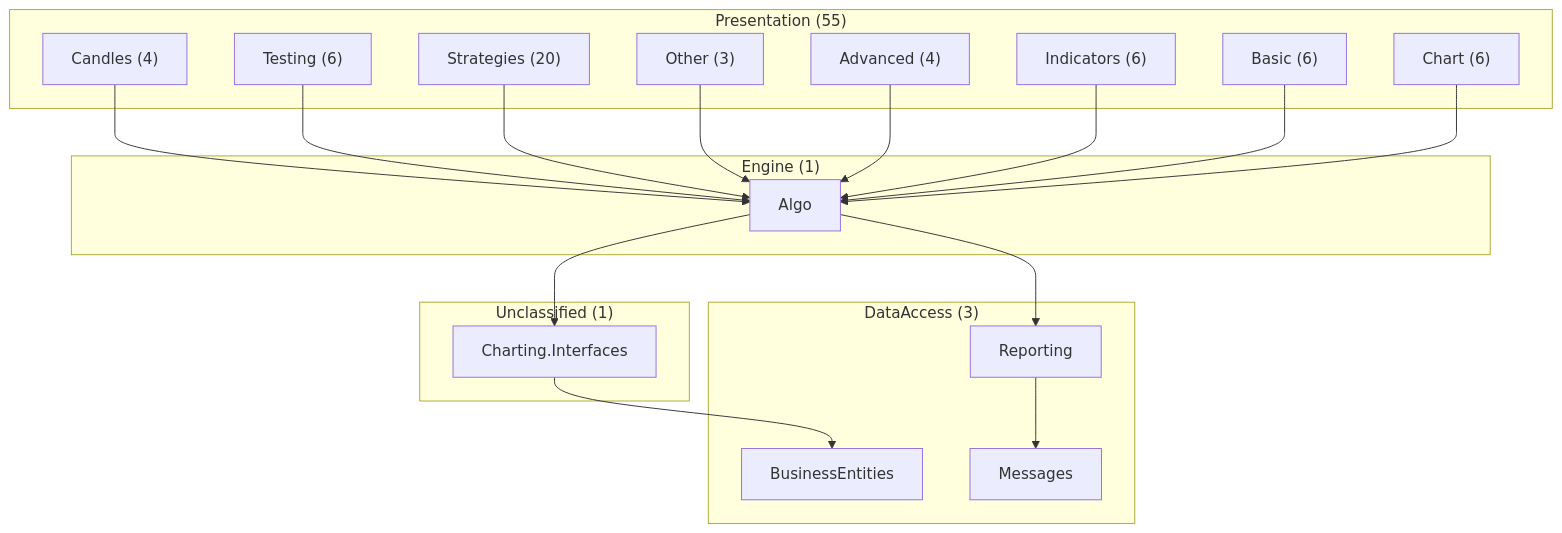
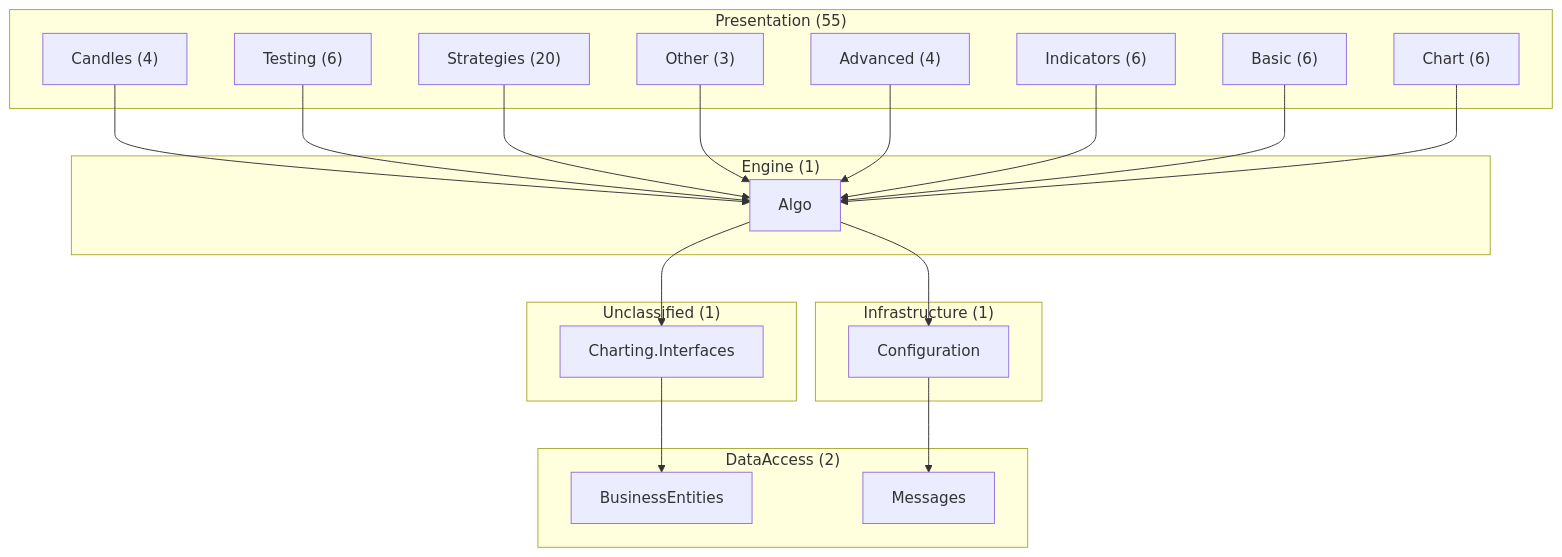
One commit to GanizaniSitara/tools-static-analysis changed the seventh of 8 diagrams in output-stocksharp/diagrams/all-diagrams.md. Above: the diagram before and after it, drawn with Mermaid. The commit also changed other lines of this file and 27 other files, not shown here.

````diff
--- a/output-stocksharp/diagrams/all-diagrams.md
+++ b/output-stocksharp/diagrams/all-diagrams.md
@@ -299,36 +299,38 @@
 ```mermaid
 graph TD
     subgraph sg_Presentation["Presentation (55)"]
         grp_Strategies["Strategies (20)"]
         grp_Testing["Testing (6)"]
         grp_Chart["Chart (6)"]
         grp_Indicators["Indicators (6)"]
         grp_Basic["Basic (6)"]
         grp_Candles["Candles (4)"]
         grp_Advanced["Advanced (4)"]
         grp_Other["Other (3)"]
     end
     subgraph sg_Engine["Engine (1)"]
         Algo["Algo"]
     end
-    subgraph sg_DataAccess["DataAccess (3)"]
+    subgraph sg_DataAccess["DataAccess (2)"]
         BusinessEntities["BusinessEntities"]
         Messages["Messages"]
-        Reporting["Reporting"]
+    end
+    subgraph sg_Infrastructure["Infrastructure (1)"]
+        Configuration["Configuration"]
     end
     subgraph sg_Unclassified["Unclassified (1)"]
         Charting_Interfaces["Charting.Interfaces"]
     end
     grp_Candles --> Algo
     Algo --> Charting_Interfaces
     Charting_Interfaces --> BusinessEntities
+    Algo --> Configuration
+    Configuration --> Messages
     grp_Testing --> Algo
     grp_Strategies --> Algo
     grp_Other --> Algo
     grp_Advanced --> Algo
     grp_Indicators --> Algo
     grp_Basic --> Algo
     grp_Chart --> Algo
-    Algo --> Reporting
-    Reporting --> Messages
 ```
````
